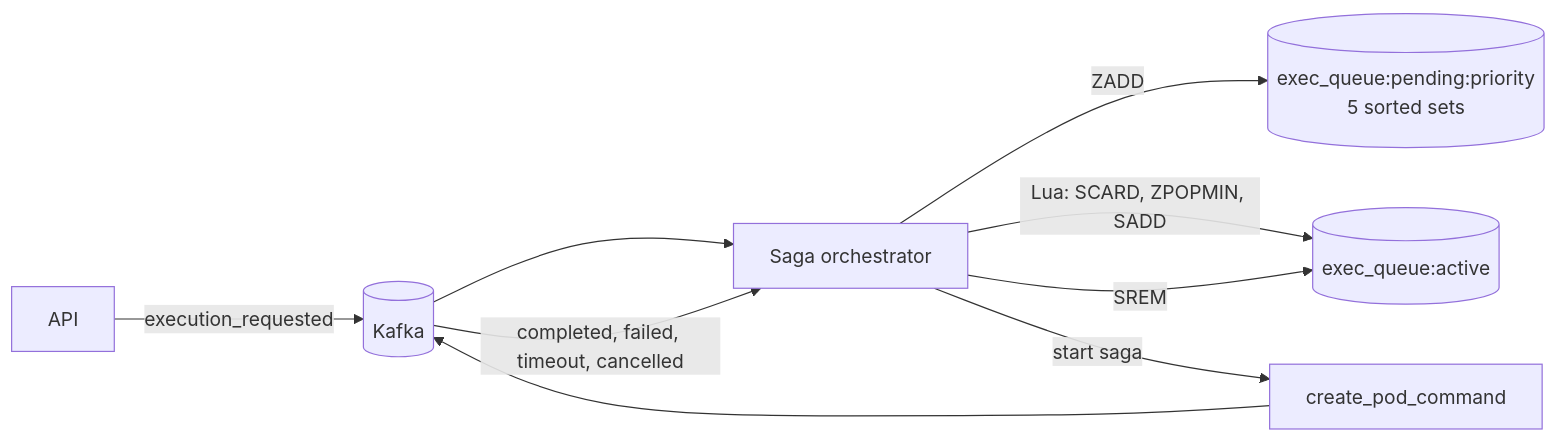
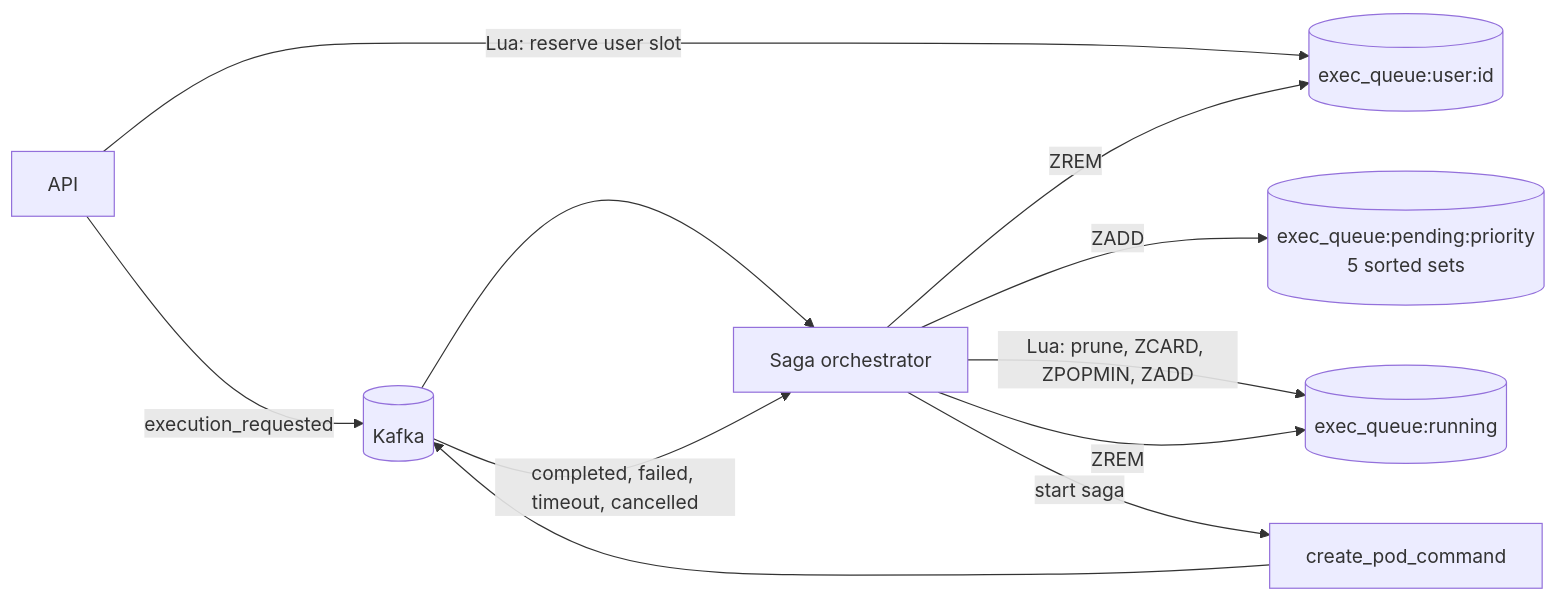
One commit to HardMax71/Integr8sCode changed the diagram in docs/architecture/execution-queue.md. Above: the diagram before and after it, drawn with Mermaid. The commit also changed other lines of this file and 22 other files, not shown here.

````diff
--- a/docs/architecture/execution-queue.md
+++ b/docs/architecture/execution-queue.md
@@ -5,11 +5,13 @@
 ```mermaid
 flowchart LR
-    API[API] -->|execution_requested| Kafka[(Kafka)]
+    API[API] -->|Lua: reserve user slot| USER[(exec_queue:user:id)]
+    API -->|execution_requested| Kafka[(Kafka)]
     Kafka --> SAGA[Saga orchestrator]
     SAGA -->|ZADD| PENDING[(exec_queue:pending:priority<br/>5 sorted sets)]
-    SAGA -->|Lua: SCARD, ZPOPMIN, SADD| ACTIVE[(exec_queue:active)]
+    SAGA -->|Lua: prune, ZCARD, ZPOPMIN, ZADD| RUNNING[(exec_queue:running)]
     SAGA -->|start saga| CMD[create_pod_command]
     CMD --> Kafka
     Kafka -->|completed, failed, timeout, cancelled| SAGA
-    SAGA -->|SREM| ACTIVE
+    SAGA -->|ZREM| RUNNING
+    SAGA -->|ZREM| USER
 ```
````
